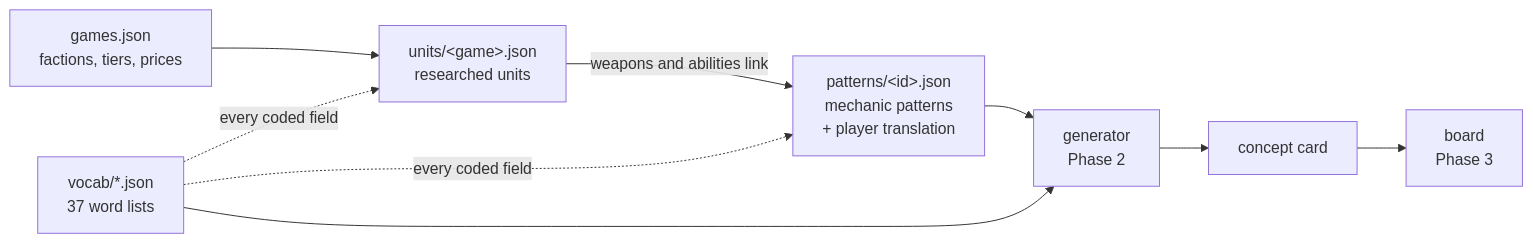
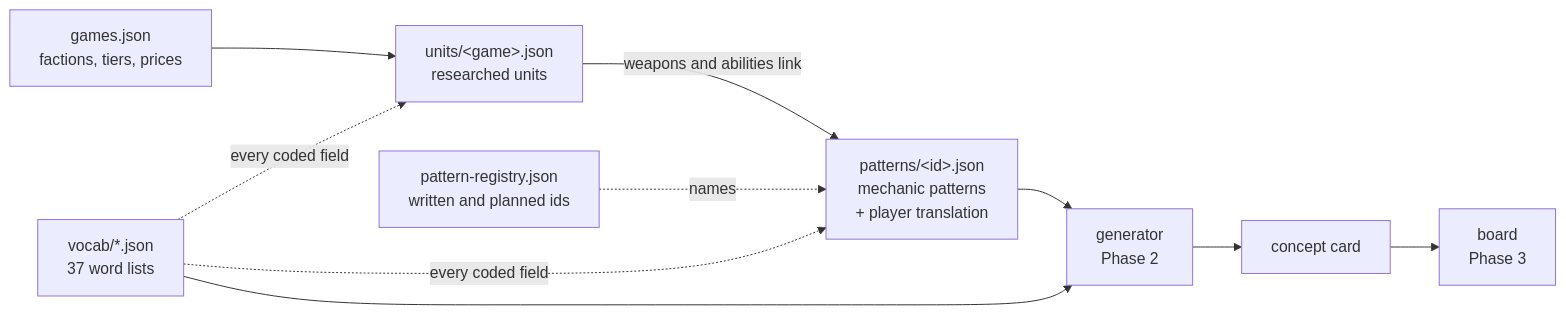
The diagram in docs/proposal.md (Mergincanli/MoesTools-Brainstormer), drawn with Mermaid before and after one commit. The commit also changed other lines of this file and 13 other files, not shown here.

````diff
--- a/docs/proposal.md
+++ b/docs/proposal.md
@@ -148,11 +153,12 @@
 ```mermaid
 flowchart LR
   G[games.json<br/>factions, tiers, prices] --> U[units/&lt;game&gt;.json<br/>researched units]
   U -- weapons and abilities link --> P[patterns/&lt;id&gt;.json<br/>mechanic patterns<br/>+ player translation]
+  R[pattern-registry.json<br/>written and planned ids] -. names .-> P
   V[vocab/*.json<br/>37 word lists] -. every coded field .-> U
   V -. every coded field .-> P
   P --> GEN[generator<br/>Phase 2]
   V --> GEN
   GEN --> C[concept card]
   C --> B[board<br/>Phase 3]
 ```
````
